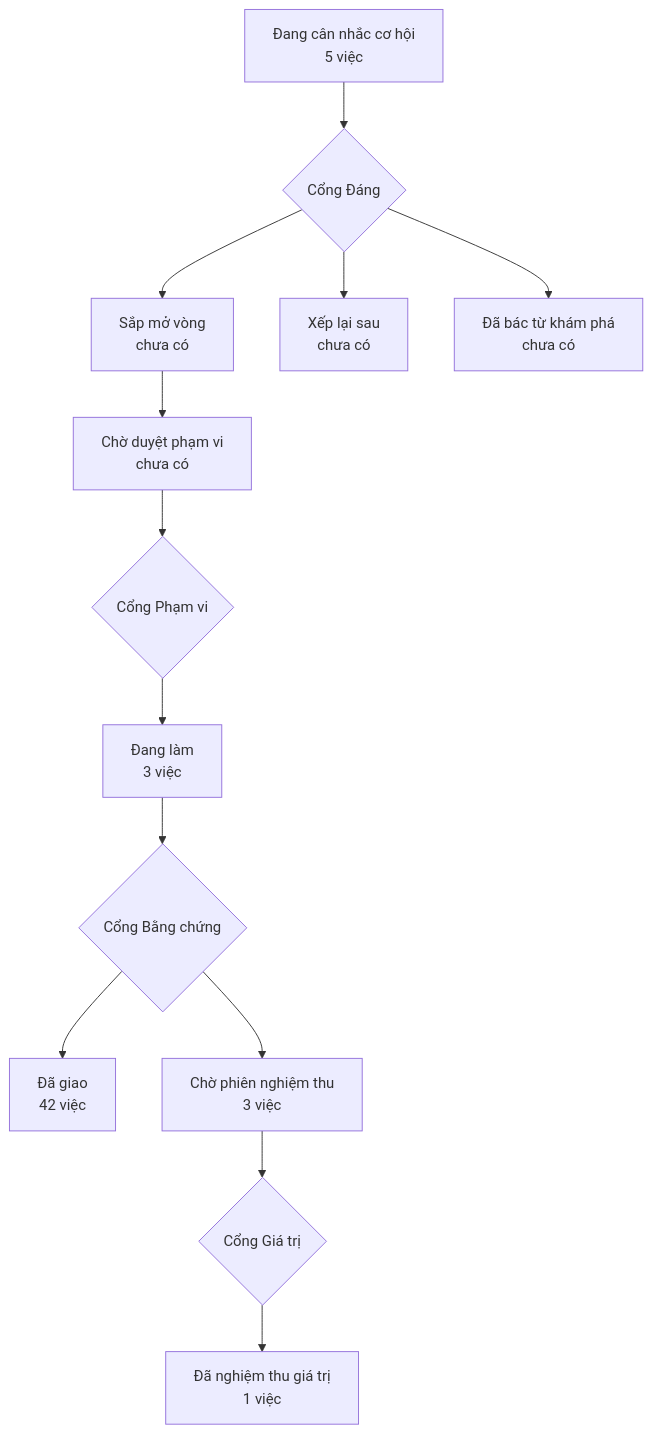
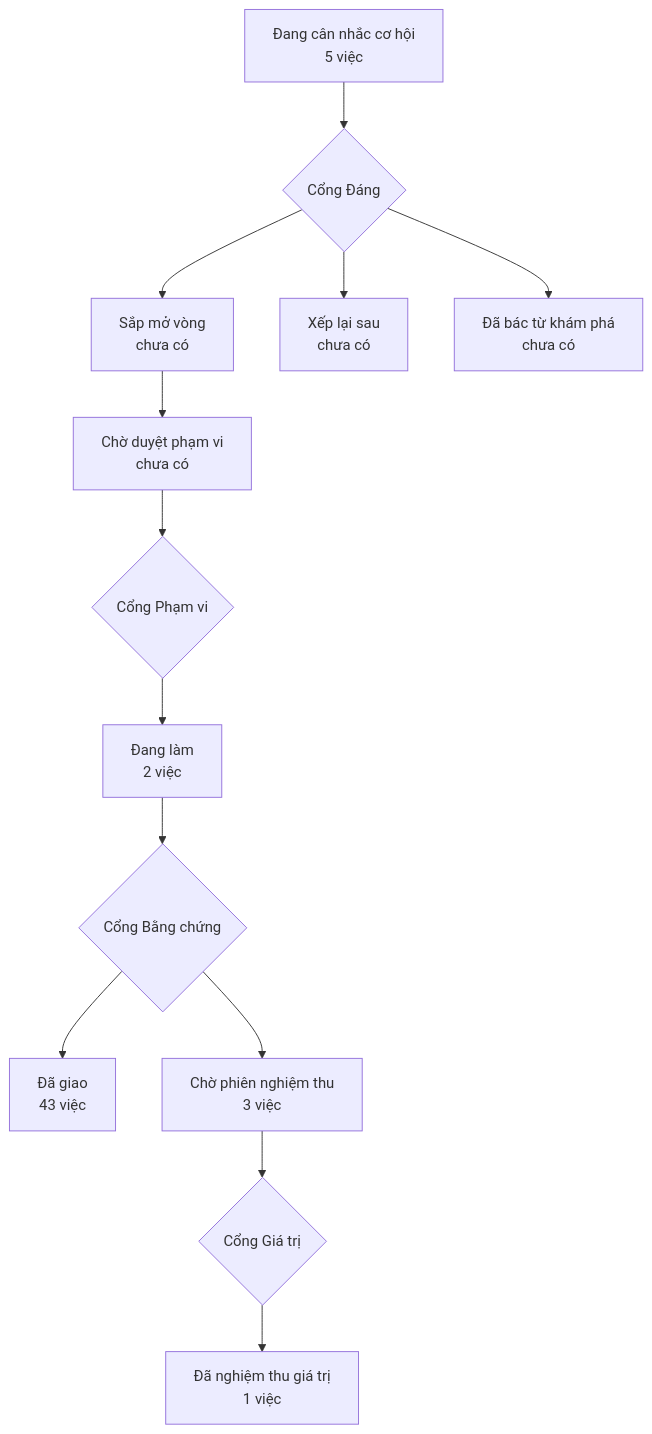
One commit to phanlemanh/crm-onehub changed the diagram in PRODUCT-MAP.md. Above: the diagram before and after it, drawn with Mermaid. The commit also changed 3 other files, not shown here.

````diff
--- a/PRODUCT-MAP.md
+++ b/PRODUCT-MAP.md
@@ -6,12 +6,12 @@
 ```mermaid
 flowchart TD
   A["Đang cân nhắc cơ hội<br/>5 việc"] --> GD{"Cổng Đáng"}
   GD --> B["Sắp mở vòng<br/>chưa có"]
   GD --> XL["Xếp lại sau<br/>chưa có"]
   GD --> DB["Đã bác từ khám phá<br/>chưa có"]
   B --> CD["Chờ duyệt phạm vi<br/>chưa có"] --> GP{"Cổng Phạm vi"}
-  GP --> DL["Đang làm<br/>3 việc"] --> GB{"Cổng Bằng chứng"}
-  GB --> DG["Đã giao<br/>42 việc"]
+  GP --> DL["Đang làm<br/>2 việc"] --> GB{"Cổng Bằng chứng"}
+  GB --> DG["Đã giao<br/>43 việc"]
   GB --> CN["Chờ phiên nghiệm thu<br/>3 việc"] --> GG{"Cổng Giá trị"}
   GG --> NT["Đã nghiệm thu giá trị<br/>1 việc"]
 ```
````
